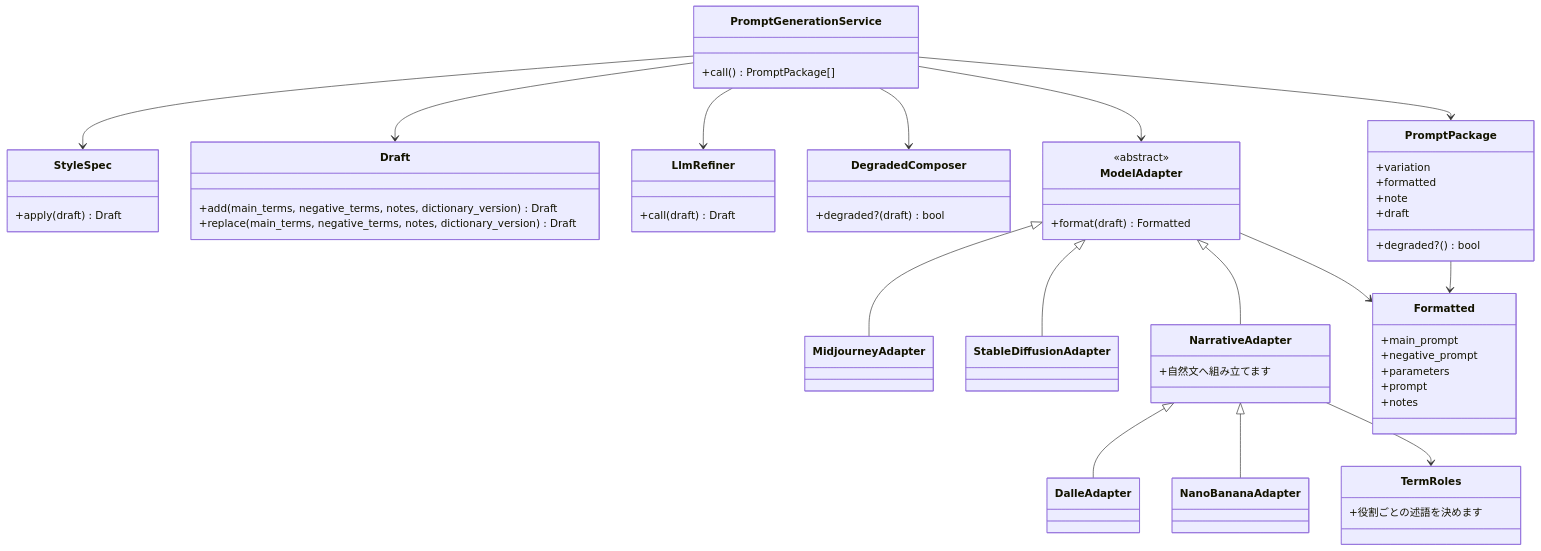
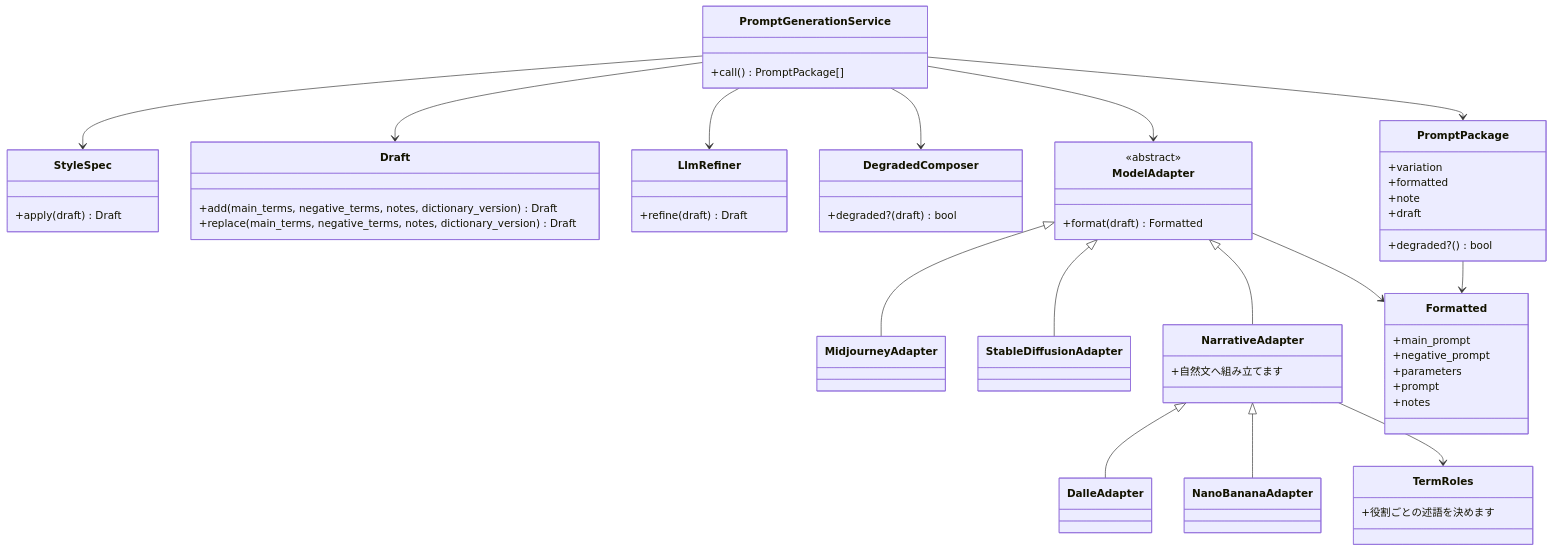
One commit to rictaworks/hero-prompt-forge changed the first of 5 diagrams in SPEC/class.md. Above: the diagram before and after it, drawn with Mermaid. The commit also changed other lines of this file and 2 other files, not shown here.

Commit message:
[修正] 2 回目のレビューの条件へ対応します (#78, #79)
- 差の一覧の表を割っていた空行を取ります（条件 1）
- LlmRefiner の入口を、実装どおり refine へ戻します（条件 2）

````diff
--- a/SPEC/class.md
+++ b/SPEC/class.md
@@ -7,62 +7,62 @@
 ```mermaid
 classDiagram
     class PromptGenerationService {
         +call() PromptPackage[]
     }
     class StyleSpec {
         +apply(draft) Draft
     }
     class Draft {
         +add(main_terms, negative_terms, notes, dictionary_version) Draft
         +replace(main_terms, negative_terms, notes, dictionary_version) Draft
     }
     class LlmRefiner {
-        +call(draft) Draft
+        +refine(draft) Draft
     }
     class DegradedComposer {
         +degraded?(draft) bool
     }
     class ModelAdapter {
         <<abstract>>
         +format(draft) Formatted
     }
     class MidjourneyAdapter
     class StableDiffusionAdapter
     class NarrativeAdapter {
         +自然文へ組み立てます
     }
     class DalleAdapter
     class NanoBananaAdapter
     class TermRoles {
         +役割ごとの述語を決めます
     }
     class Formatted {
         +main_prompt
         +negative_prompt
         +parameters
         +prompt
         +notes
     }
     class PromptPackage {
         +variation
         +formatted
         +note
         +draft
         +degraded?() bool
     }
 
     PromptGenerationService --> StyleSpec
     PromptGenerationService --> Draft
     PromptGenerationService --> LlmRefiner
     PromptGenerationService --> DegradedComposer
     PromptGenerationService --> ModelAdapter
     PromptGenerationService --> PromptPackage
     ModelAdapter <|-- MidjourneyAdapter
     ModelAdapter <|-- StableDiffusionAdapter
     ModelAdapter <|-- NarrativeAdapter
     NarrativeAdapter <|-- DalleAdapter
     NarrativeAdapter <|-- NanoBananaAdapter
     NarrativeAdapter --> TermRoles
     ModelAdapter --> Formatted
     PromptPackage --> Formatted
 ```
````
